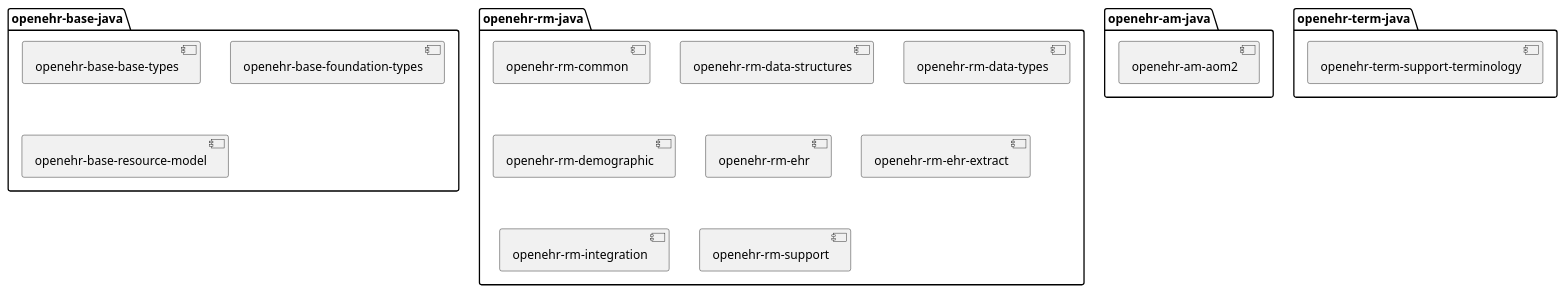
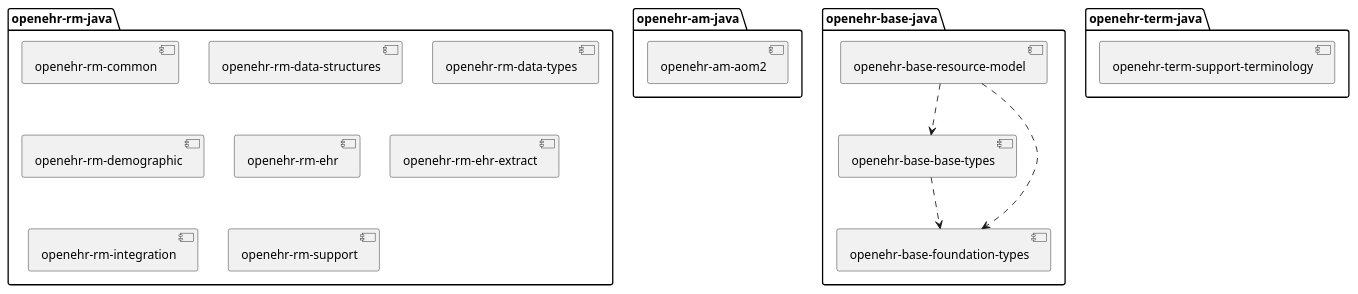
One commit to openehr4j/.github changed the diagram in img/overview.puml. Above: the diagram before and after it, drawn with PlantUML. The commit also changed 1 other file, not shown here.

```diff
--- a/img/overview.puml
+++ b/img/overview.puml
@@ -1,28 +1,32 @@
 @startuml undefined
 
 package openehr-am-java {
   component "openehr-am-aom2" as aom2
 }
 
 package openehr-base-java {
   component "openehr-base-base-types" as baseTypes
   component "openehr-base-foundation-types" as foundationTypes
   component "openehr-base-resource-model" as resourceModel
 }
 
 package openehr-rm-java {
   component "openehr-rm-common" as common
   component "openehr-rm-data-structures" as dataStructures
   component "openehr-rm-data-types" as dataTypes
   component "openehr-rm-demographic" as demographic
   component "openehr-rm-ehr" as ehr
   component "openehr-rm-ehr-extract" as ehrExtract
   component "openehr-rm-integration" as integration
   component "openehr-rm-support" as support
 }
 
 package openehr-term-java {
   component "openehr-term-support-terminology" as supportTerminology
 }
 
+baseTypes ..> foundationTypes
+resourceModel ..> baseTypes
+resourceModel ..> foundationTypes
+
 @enduml
```
